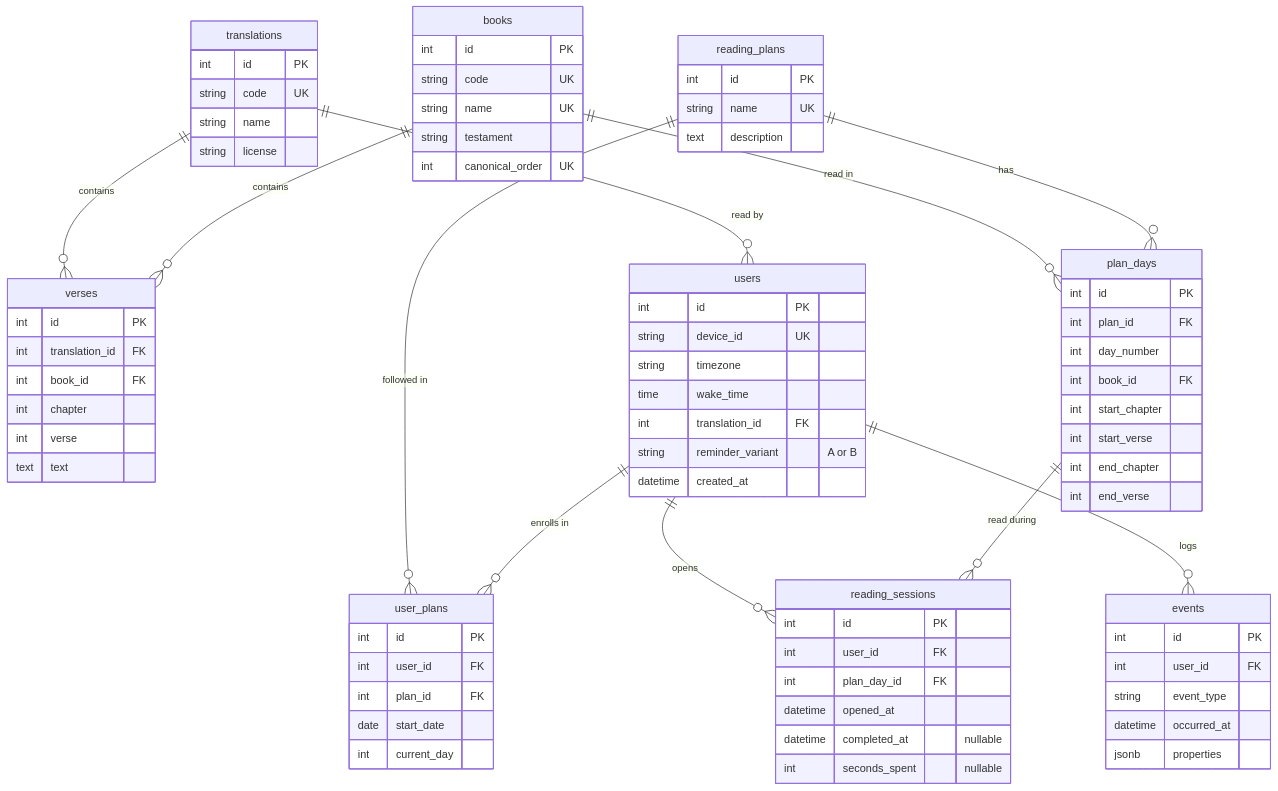
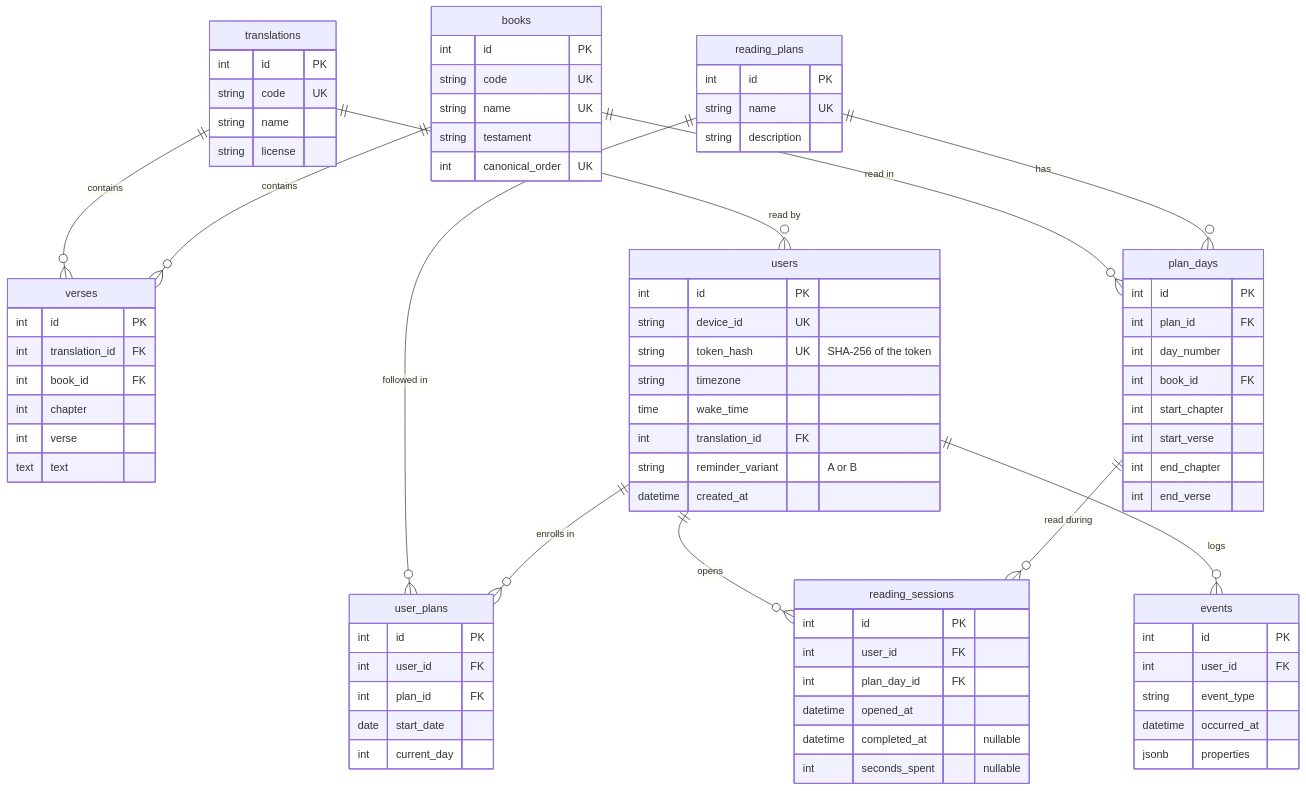
The first of 2 diagrams in docs/ERD.md (OGobidike/Morning-Manna), drawn with Mermaid before and after one commit. The commit also changed other lines of this file and 20 other files, not shown here.

```diff
--- a/docs/ERD.md
+++ b/docs/ERD.md
@@ -47,7 +47,7 @@
     reading_plans {
         int id PK
         string name UK
-        text description
+        string description
     }
 
     plan_days {
@@ -64,6 +64,7 @@
     users {
         int id PK
         string device_id UK
+        string token_hash UK "SHA-256 of the token"
         string timezone
         time wake_time
         int translation_id FK
```
